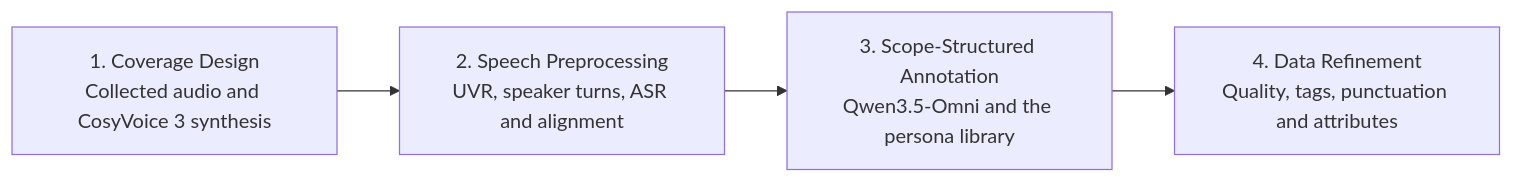
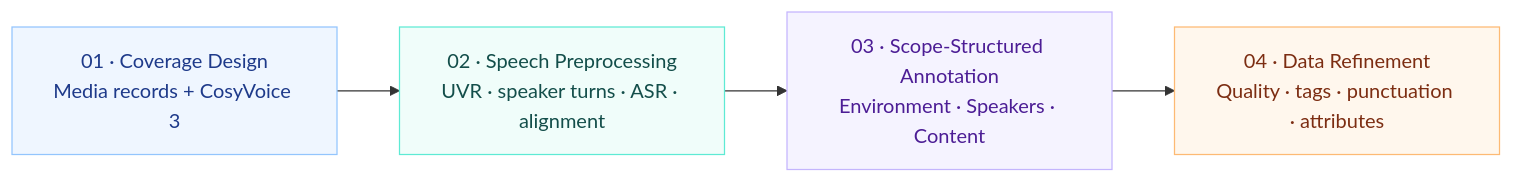
One commit to voxdirector/VoxCaps changed the diagram in README.md. Above: the diagram before and after it, drawn with Mermaid. The commit also changed other lines of this file and 16 other files, not shown here.

````diff
--- a/README.md
+++ b/README.md
@@ -7,8 +27,17 @@
 ```mermaid
 flowchart LR
-    A["1. Coverage Design<br/>Collected audio and CosyVoice 3 synthesis"]
-    B["2. Speech Preprocessing<br/>UVR, speaker turns, ASR and alignment"]
-    C["3. Scope-Structured Annotation<br/>Qwen3.5-Omni and the persona library"]
-    D["4. Data Refinement<br/>Quality, tags, punctuation and attributes"]
+    A["01 · Coverage Design<br/>Media records + CosyVoice 3"]
+    B["02 · Speech Preprocessing<br/>UVR · speaker turns · ASR · alignment"]
+    C["03 · Scope-Structured Annotation<br/>Environment · Speakers · Content"]
+    D["04 · Data Refinement<br/>Quality · tags · punctuation · attributes"]
     A --> B --> C --> D
+
+    classDef coverage fill:#eff6ff,stroke:#93c5fd,color:#1e3a8a
+    classDef speech fill:#f0fdfa,stroke:#5eead4,color:#134e4a
+    classDef annotation fill:#f5f3ff,stroke:#c4b5fd,color:#4c1d95
+    classDef refinement fill:#fff7ed,stroke:#fdba74,color:#7c2d12
+    class A coverage
+    class B speech
+    class C annotation
+    class D refinement
 ```
````
